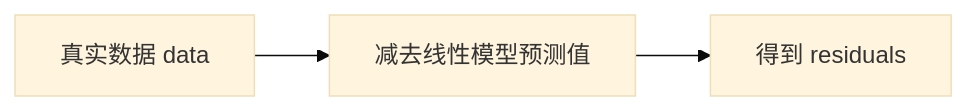
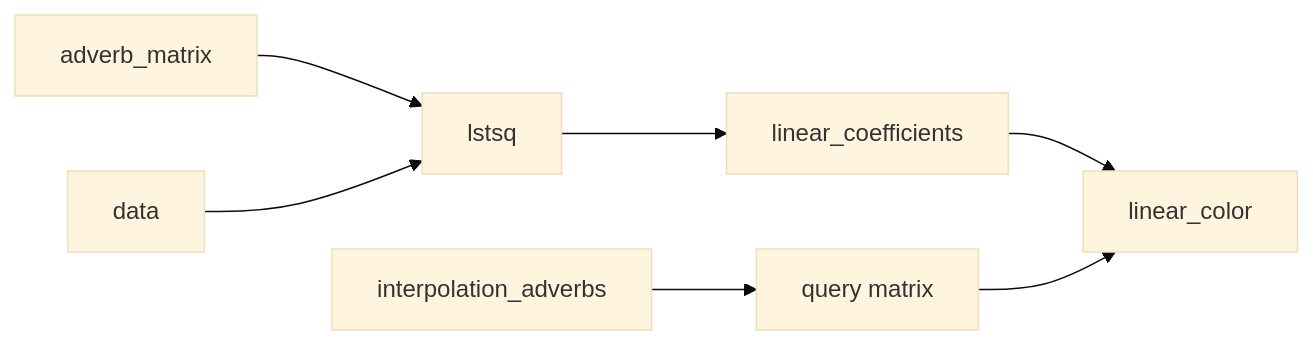
The tenth of 14 diagrams in docs/blog/Theory/radial_basis_function_verbs_and_adverbs/README.md (EvihGraphics/AnimationTech-HTC), drawn with Mermaid (base theme) before and after one commit. The commit also changed other lines of this file and 6 other files, not shown here.

````diff
--- a/docs/blog/Theory/radial_basis_function_verbs_and_adverbs/README.md
+++ b/docs/blog/Theory/radial_basis_function_verbs_and_adverbs/README.md
@@ -176,5 +243,9 @@
 ```mermaid
 flowchart LR
-    A[真实数据 data] --> B[减去线性模型预测值]
-    B --> C[得到 residuals]
+    A[adverb_matrix] --> B[lstsq]
+    C[data] --> B
+    B --> D[linear_coefficients]
+    E[interpolation_adverbs] --> F[query matrix]
+    D --> G[linear_color]
+    F --> G
 ```
````
